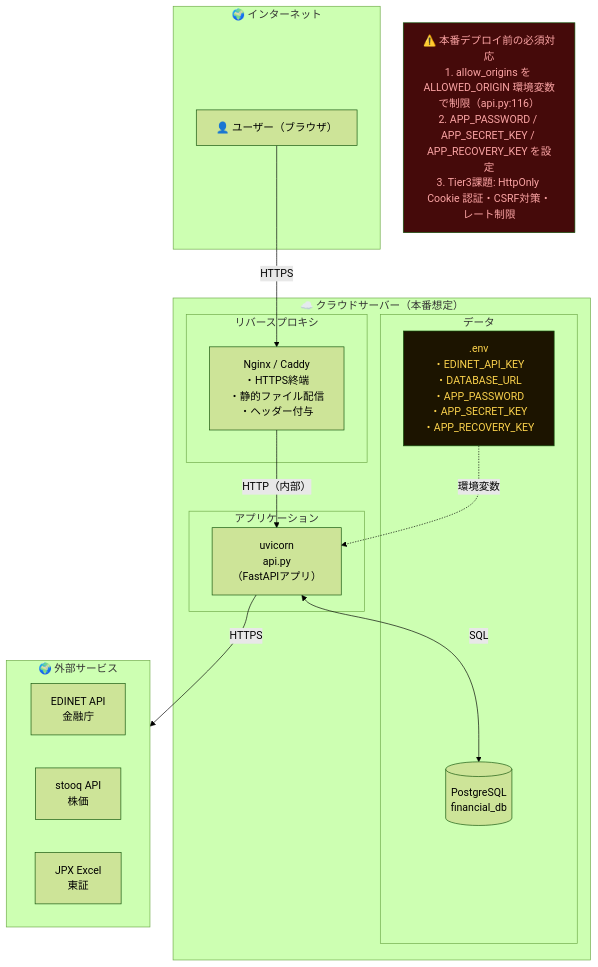
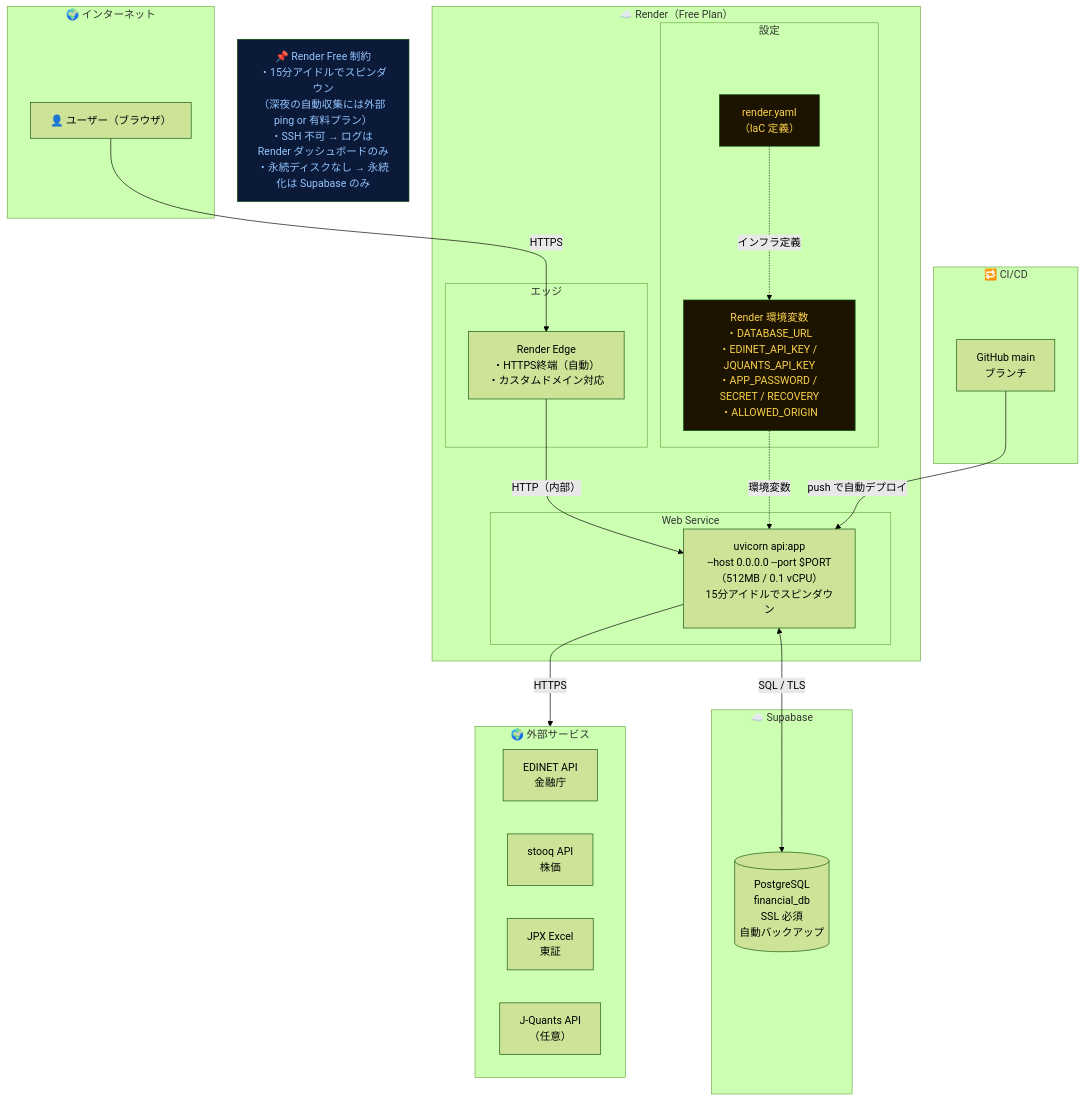
Diagram 15 of 15 in docs/ARCHITECTURE.md (kome-kome/financial_app), drawn with Mermaid (forest theme) before and after one commit. The commit also changed other lines of this file and 4 other files, not shown here.

````diff
--- a/docs/ARCHITECTURE.md
+++ b/docs/ARCHITECTURE.md
@@ -799,38 +800,48 @@
 ```mermaid
 graph TB
     subgraph INTERNET["🌍 インターネット"]
         USER["👤 ユーザー（ブラウザ）"]
     end
 
-    subgraph CLOUD["☁️ クラウドサーバー（本番想定）"]
-        subgraph PROXY["リバースプロキシ"]
-            NGINX["Nginx / Caddy\n・HTTPS終端\n・静的ファイル配信\n・ヘッダー付与"]
+    subgraph RENDER["☁️ Render（Free Plan）"]
+        subgraph EDGE["エッジ"]
+            EDGE_NODE["Render Edge\n・HTTPS終端（自動）\n・カスタムドメイン対応"]
         end
+        subgraph APP["Web Service"]
+            UV["uvicorn api:app\n--host 0.0.0.0 --port $PORT\n（512MB / 0.1 vCPU）\n15分アイドルでスピンダウン"]
+        end
+        subgraph CONFIG["設定"]
+            ENV["Render 環境変数\n・DATABASE_URL\n・EDINET_API_KEY / JQUANTS_API_KEY\n・APP_PASSWORD / SECRET / RECOVERY\n・ALLOWED_ORIGIN"]
+            YAML["render.yaml\n（IaC 定義）"]
+        end
+    end
 
-        subgraph APP["アプリケーション"]
-            UV["uvicorn\napi.py\n（FastAPIアプリ）"]
-        end
-
-        subgraph DATA["データ"]
-            PG[("PostgreSQL\nfinancial_db")]
-            ENV[".env\n・EDINET_API_KEY\n・DATABASE_URL\n・APP_PASSWORD\n・APP_SECRET_KEY\n・APP_RECOVERY_KEY"]
-        end
+    subgraph SUPABASE["☁️ Supabase"]
+        PG[("PostgreSQL\nfinancial_db\nSSL 必須\n自動バックアップ")]
     end
 
     subgraph EXT["🌍 外部サービス"]
         EDINET["EDINET API\n金融庁"]
         STOOQ["stooq API\n株価"]
         JPX["JPX Excel\n東証"]
+        JQUANTS["J-Quants API\n（任意）"]
     end
 
-    USER   -->|"HTTPS"| NGINX
-    NGINX  -->|"HTTP（内部）"| UV
-    UV     <-->|"SQL"| PG
+    subgraph CICD["🔁 CI/CD"]
+        GH["GitHub main\nブランチ"]
+    end
+
+    USER   -->|"HTTPS"| EDGE_NODE
+    EDGE_NODE -->|"HTTP（内部）"| UV
+    UV     <-->|"SQL / TLS"| PG
     UV     -->|"HTTPS"| EXT
     ENV    -.->|"環境変数"| UV
+    YAML   -.->|"インフラ定義"| ENV
+    GH     -->|"push で自動デプロイ"| UV
 
     style ENV fill:#1c1400,color:#fcd34d
+    style YAML fill:#1c1400,color:#fcd34d
 
-    note1["⚠️ 本番デプロイ前の必須対応\n1. allow_origins を ALLOWED_ORIGIN 環境変数で制限（api.py:116）\n2. APP_PASSWORD / APP_SECRET_KEY / APP_RECOVERY_KEY を設定\n3. Tier3課題: HttpOnly Cookie 認証・CSRF対策・レート制限"]
-    style note1 fill:#450a0a,color:#fca5a5
+    note1["📌 Render Free 制約\n・15分アイドルでスピンダウン\n（深夜の自動収集には外部 ping or 有料プラン）\n・SSH 不可 → ログは Render ダッシュボードのみ\n・永続ディスクなし → 永続化は Supabase のみ"]
+    style note1 fill:#0c1a3a,color:#93c5fd
 ```
````
